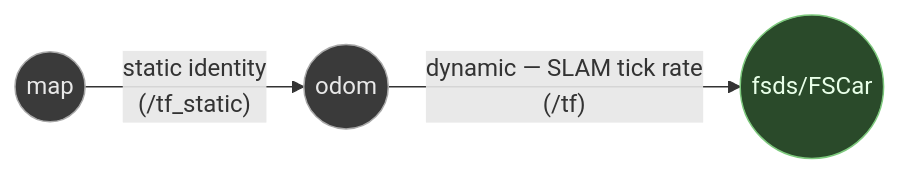
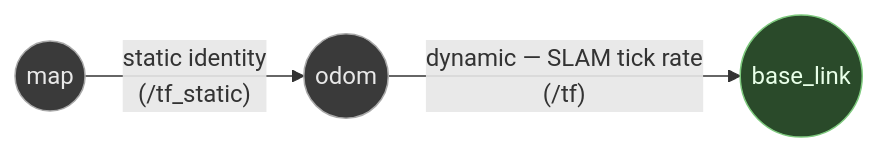
One commit to isc-fs/IFSSIM changed the second of 2 diagrams in docs/autonomy_pipeline.md. Above: the diagram before and after it, drawn with Mermaid. The commit also changed other lines of this file and 1 other file, not shown here.

````diff
--- a/docs/autonomy_pipeline.md
+++ b/docs/autonomy_pipeline.md
@@ -216,11 +218,11 @@
 ```mermaid
 flowchart LR
     classDef static fill:#3a3a3a,stroke:#a8a8a8,color:#e8e8e8
     classDef dyn fill:#2a4a2a,stroke:#7dc97d,color:#e8ffe8
 
     map(("map")) -- "static identity<br/>(/tf_static)" --> odom(("odom"))
-    odom -- "dynamic — SLAM tick rate<br/>(/tf)" --> base(("fsds/FSCar"))
+    odom -- "dynamic — SLAM tick rate<br/>(/tf)" --> base(("base_link"))
 
     class map,odom static
     class base dyn
 ```
````
